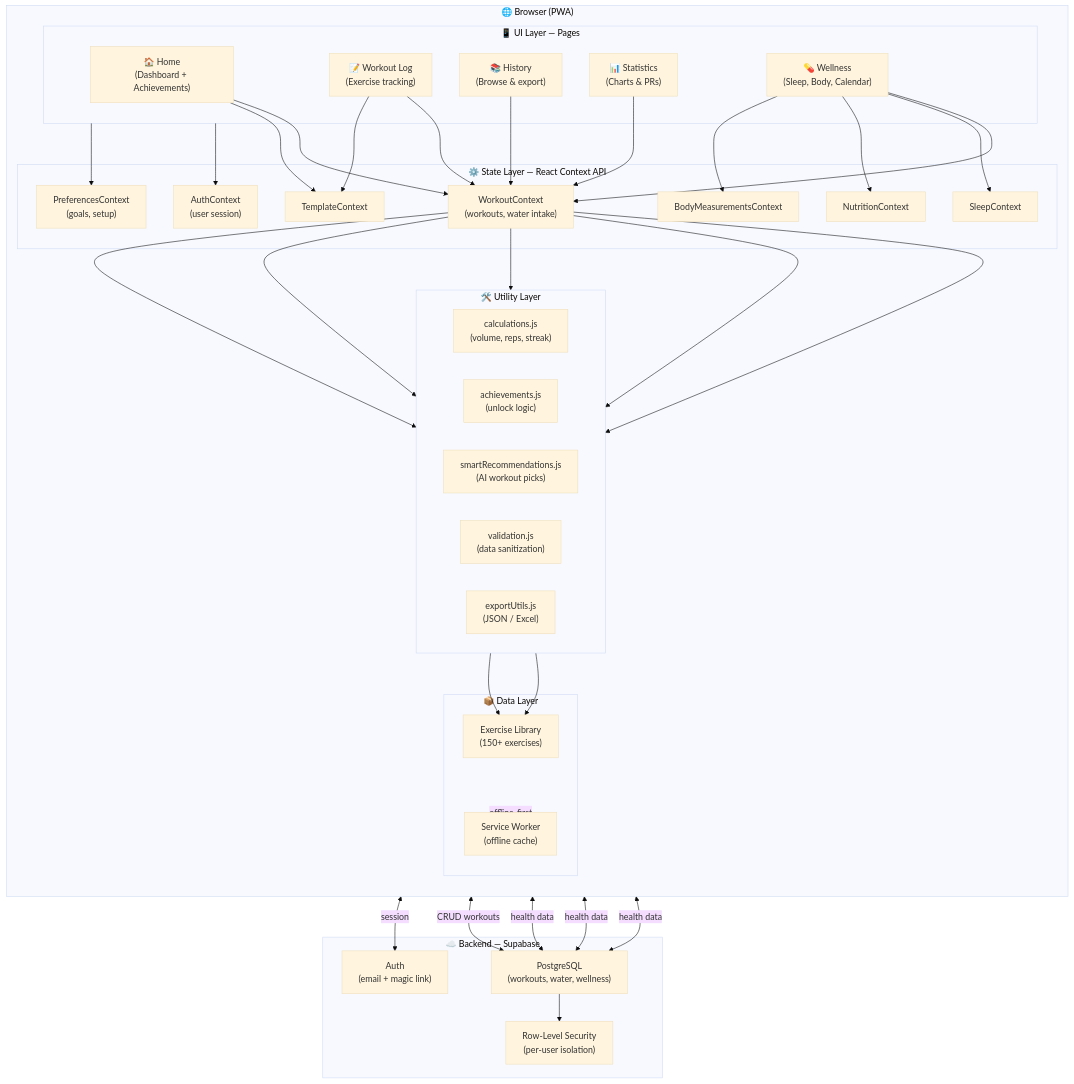
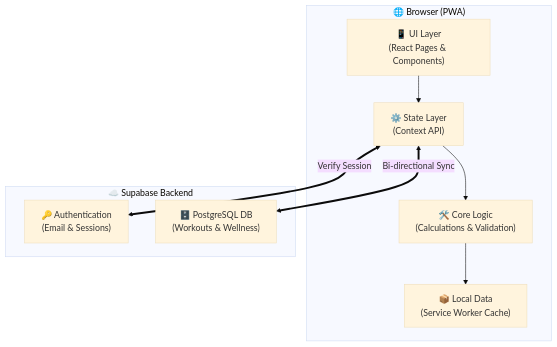
The diagram in README.md (ananikets18/FitTrack-Workout-tracker), drawn with Mermaid (base theme) before and after one commit. The commit also changed other lines of this file, not shown here.

Commit message:
refactor: simplify architecture diagram and add license section to README.

````diff
--- a/README.md
+++ b/README.md
@@ -81,63 +81,21 @@
 ```mermaid
-flowchart TB
-    subgraph Browser["🌐 Browser (PWA)"]
-        direction TB
-
-        subgraph UI["📱 UI Layer — Pages"]
-            Home["🏠 Home\n(Dashboard + Achievements)"]
-            Log["📝 Workout Log\n(Exercise tracking)"]
-            History["📚 History\n(Browse & export)"]
-            Stats["📊 Statistics\n(Charts & PRs)"]
-            Wellness["💊 Wellness\n(Sleep, Body, Calendar)"]
-        end
-
-        subgraph State["⚙️ State Layer — React Context API"]
-            WC["WorkoutContext\n(workouts, water intake)"]
-            AC["AuthContext\n(user session)"]
-            PC["PreferencesContext\n(goals, setup)"]
-            SC["SleepContext"]
-            NC["NutritionContext"]
-            BC["BodyMeasurementsContext"]
-            TC["TemplateContext"]
-        end
-
-        subgraph Utils["🛠️ Utility Layer"]
-            direction LR
-            Calc["calculations.js\n(volume, reps, streak)"]
-            Ach["achievements.js\n(unlock logic)"]
-            Recs["smartRecommendations.js\n(AI workout picks)"]
-            Val["validation.js\n(data sanitization)"]
-            Exp["exportUtils.js\n(JSON / Excel)"]
-        end
-
-        subgraph Data["📦 Data Layer"]
-            ExLib["Exercise Library\n(150+ exercises)"]
-            SW["Service Worker\n(offline cache)"]
-        end
+flowchart TD
+    subgraph Client ["🌐 Browser (PWA)"]
+        UI["📱 UI Layer\n(React Pages & Components)"]
+        State["⚙️ State Layer\n(Context API)"]
+        Utils["🛠️ Core Logic\n(Calculations & Validation)"]
+        LocalData["📦 Local Data\n(Service Worker Cache)"]
+        
+        UI --> State
+        State --> Utils
+        Utils --> LocalData
     end
 
-    subgraph Backend["☁️ Backend — Supabase"]
-        Auth["Auth\n(email + magic link)"]
-        DB["PostgreSQL\n(workouts, water, wellness)"]
-        RLS["Row-Level Security\n(per-user isolation)"]
+    subgraph Backend ["☁️ Supabase Backend"]
+        Auth["🔑 Authentication\n(Email & Sessions)"]
+        DB["🗄️ PostgreSQL DB\n(Workouts & Wellness)"]
     end
 
-    %% UI → State
-    Home & Log & History & Stats & Wellness --> WC
-    Home & Log --> TC
-    Wellness --> SC & NC & BC
-    UI --> AC & PC
-
-    %% State → Utils
-    WC --> Calc & Ach & Recs & Val & Exp
-
-    %% State ↔ Backend
-    WC <-->|"CRUD workouts"| DB
-    AC <-->|"session"| Auth
-    SC & NC & BC <-->|"health data"| DB
-    DB --> RLS
-
-    %% Utils → Data
-    Calc & Ach --> ExLib
-    Browser <-->|"offline-first"| SW
+    State <==>|"Bi-directional Sync"| DB
+    State <==>|"Verify Session"| Auth
 ```
````
